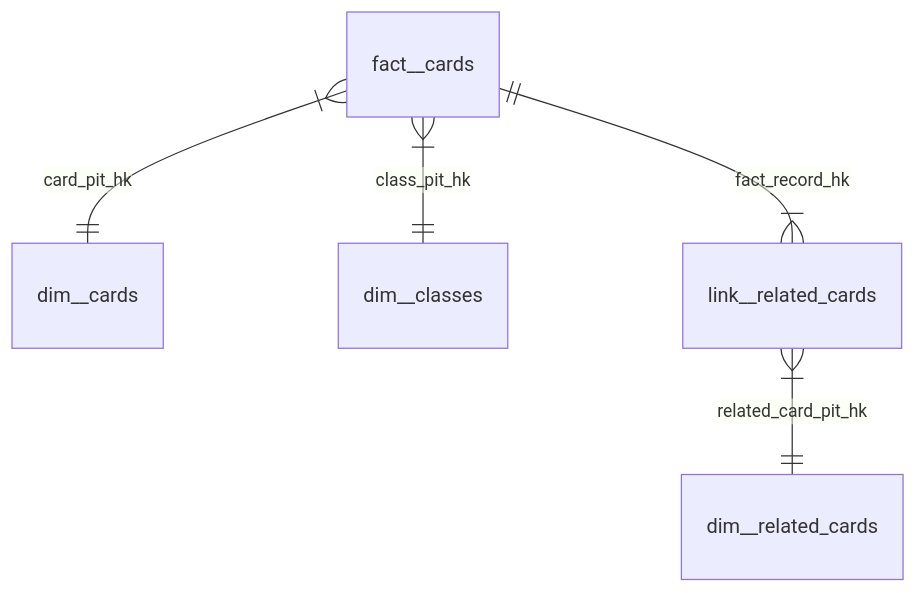
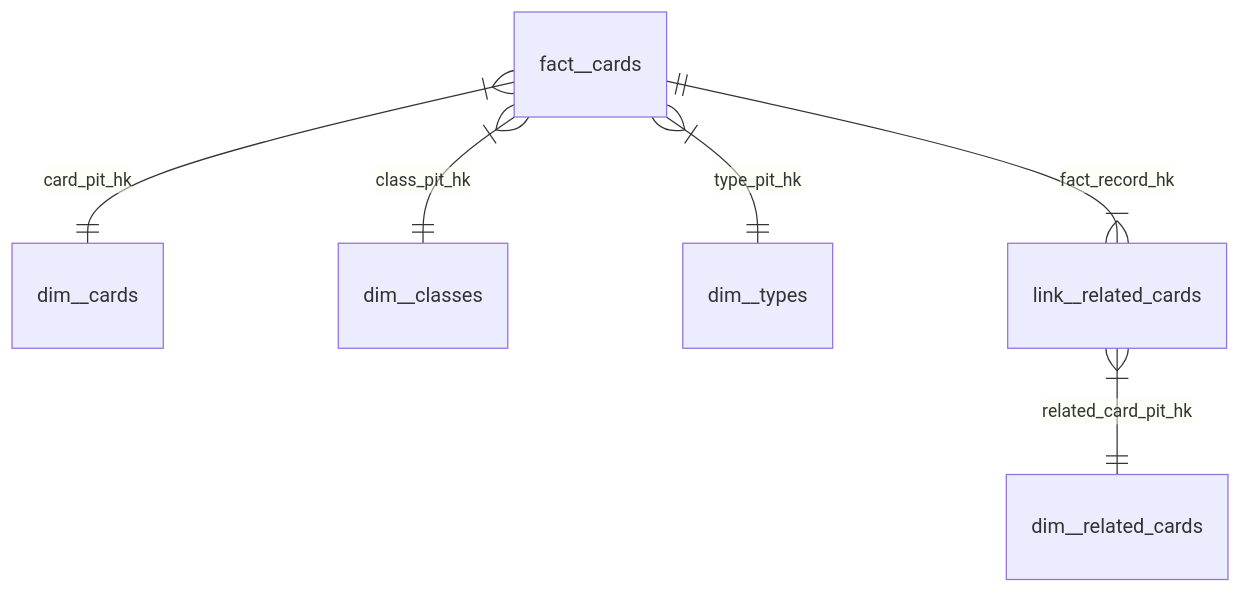
Before and after one commit to mattiasthalen/arcane-insight: the second of 2 diagrams in README.md, drawn with Mermaid.

Commit message:
Add dim__types to ERD

````diff
--- a/README.md
+++ b/README.md
@@ -35,8 +35,9 @@
 ```mermaid
 erDiagram
     fact__cards }|--|| dim__cards: "card_pit_hk"
     fact__cards }|--|| dim__classes: "class_pit_hk"
+    fact__cards }|--|| dim__types: "type_pit_hk"
     
     fact__cards ||--|{ link__related_cards: "fact_record_hk"
     link__related_cards }|--|| dim__related_cards: "related_card_pit_hk"
 ```
````
